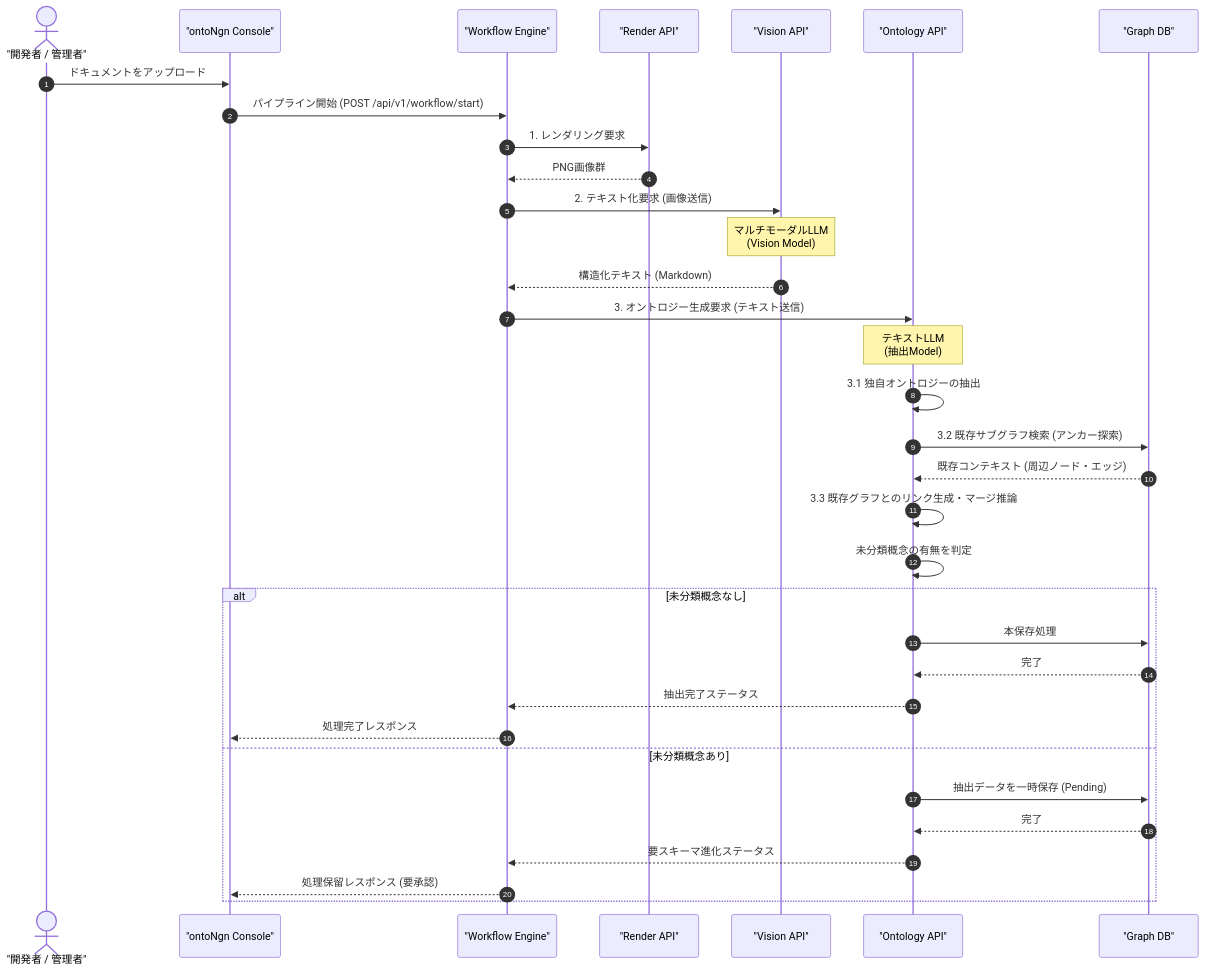
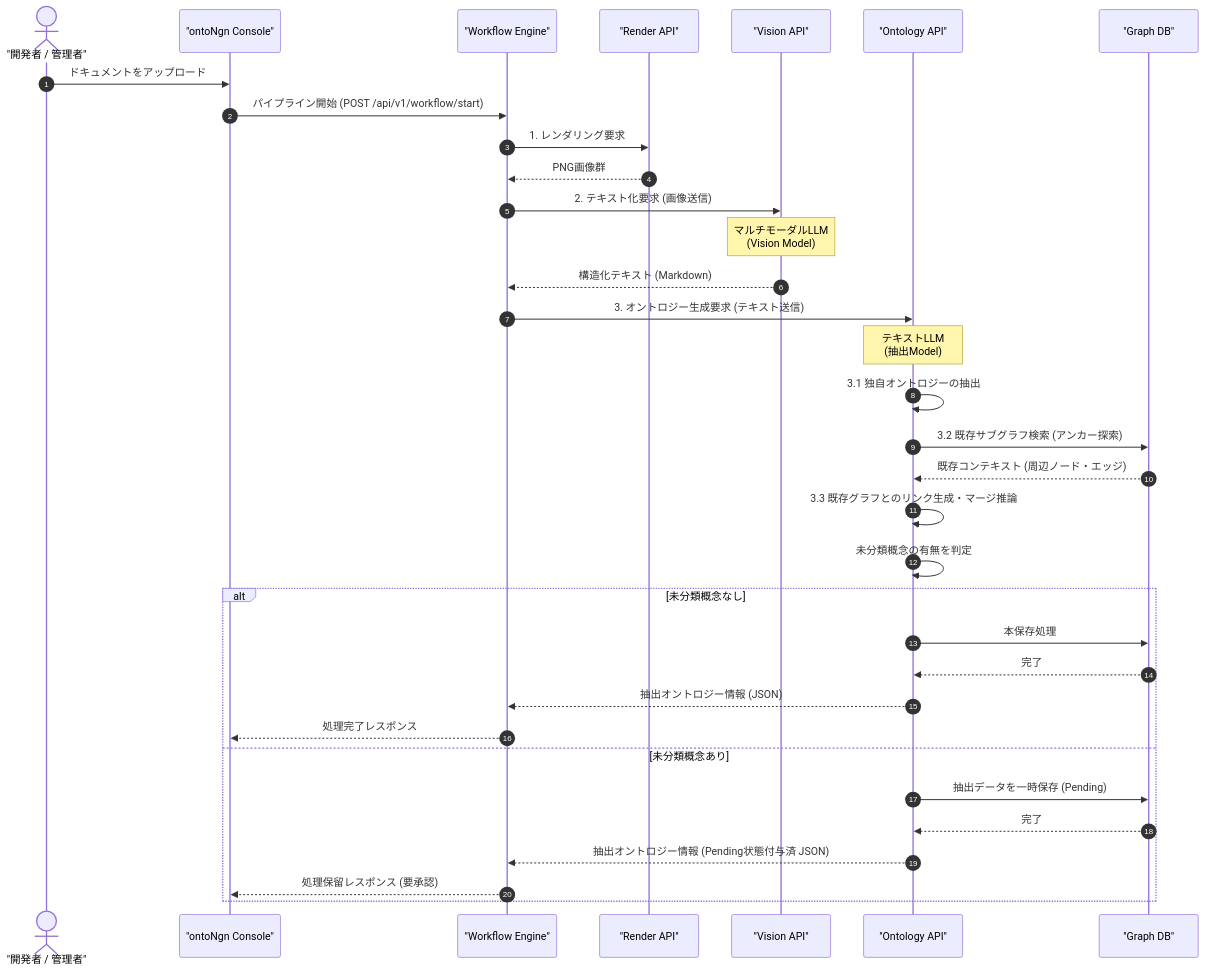
One commit to hiroooo000/ontoNgn changed the fourth of 4 diagrams in docs/02_system_design.md. Above: the diagram before and after it, drawn with Mermaid.

Commit message:
docs: update sequence diagram to reflect JSON response from Ontology API

````diff
--- a/docs/02_system_design.md
+++ b/docs/02_system_design.md
@@ -240,40 +240,40 @@
 ```mermaid
 sequenceDiagram
     autonumber
     actor Admin as "開発者 / 管理者"
     participant UI as "ontoNgn Console"
     participant WF as "Workflow Engine"
     participant Render as "Render API"
     participant Vision as "Vision API"
     participant Ont as "Ontology API"
     participant DB as "Graph DB"
 
     Admin ->> UI: ドキュメントをアップロード
     UI ->> WF: パイプライン開始 (POST /api/v1/workflow/start)
     WF ->> Render: 1. レンダリング要求
     Render -->> WF: PNG画像群
     
     WF ->> Vision: 2. テキスト化要求 (画像送信)
     Note over Vision: マルチモーダルLLM<br/>(Vision Model)
     Vision -->> WF: 構造化テキスト (Markdown)
     
     WF ->> Ont: 3. オントロジー生成要求 (テキスト送信)
     Note over Ont: テキストLLM<br/>(抽出Model)
     Ont ->> Ont: 3.1 独自オントロジーの抽出
     Ont ->> DB: 3.2 既存サブグラフ検索 (アンカー探索)
     DB -->> Ont: 既存コンテキスト (周辺ノード・エッジ)
     Ont ->> Ont: 3.3 既存グラフとのリンク生成・マージ推論
     Ont ->> Ont: 未分類概念の有無を判定
     
     alt 未分類概念なし
         Ont ->> DB: 本保存処理
         DB -->> Ont: 完了
-        Ont -->> WF: 抽出完了ステータス
+        Ont -->> WF: 抽出オントロジー情報 (JSON)
         WF -->> UI: 処理完了レスポンス
     else 未分類概念あり
         Ont ->> DB: 抽出データを一時保存 (Pending)
         DB -->> Ont: 完了
-        Ont -->> WF: 要スキーマ進化ステータス
+        Ont -->> WF: 抽出オントロジー情報 (Pending状態付与済 JSON)
         WF -->> UI: 処理保留レスポンス (要承認)
     end
 ```
````
